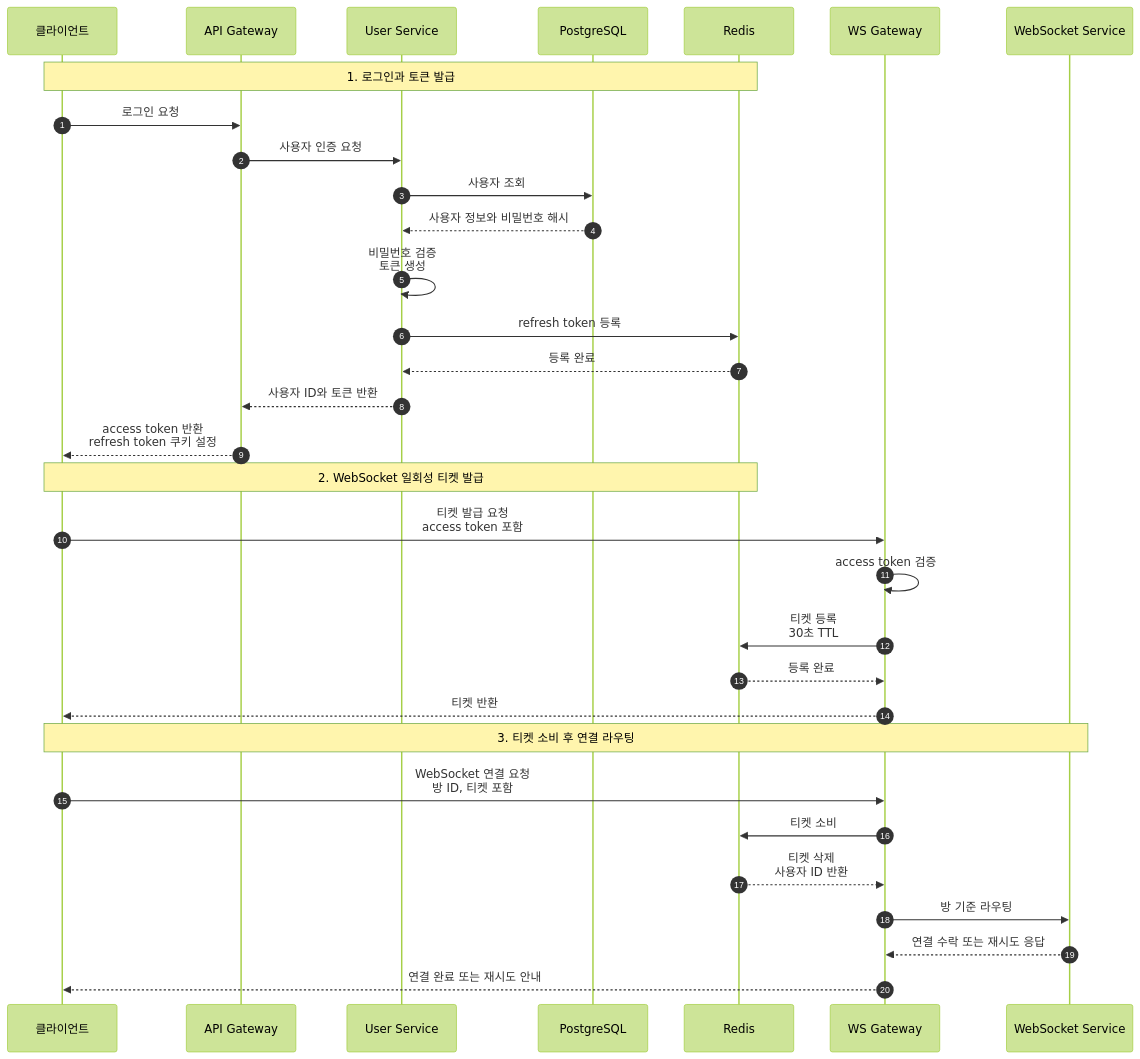
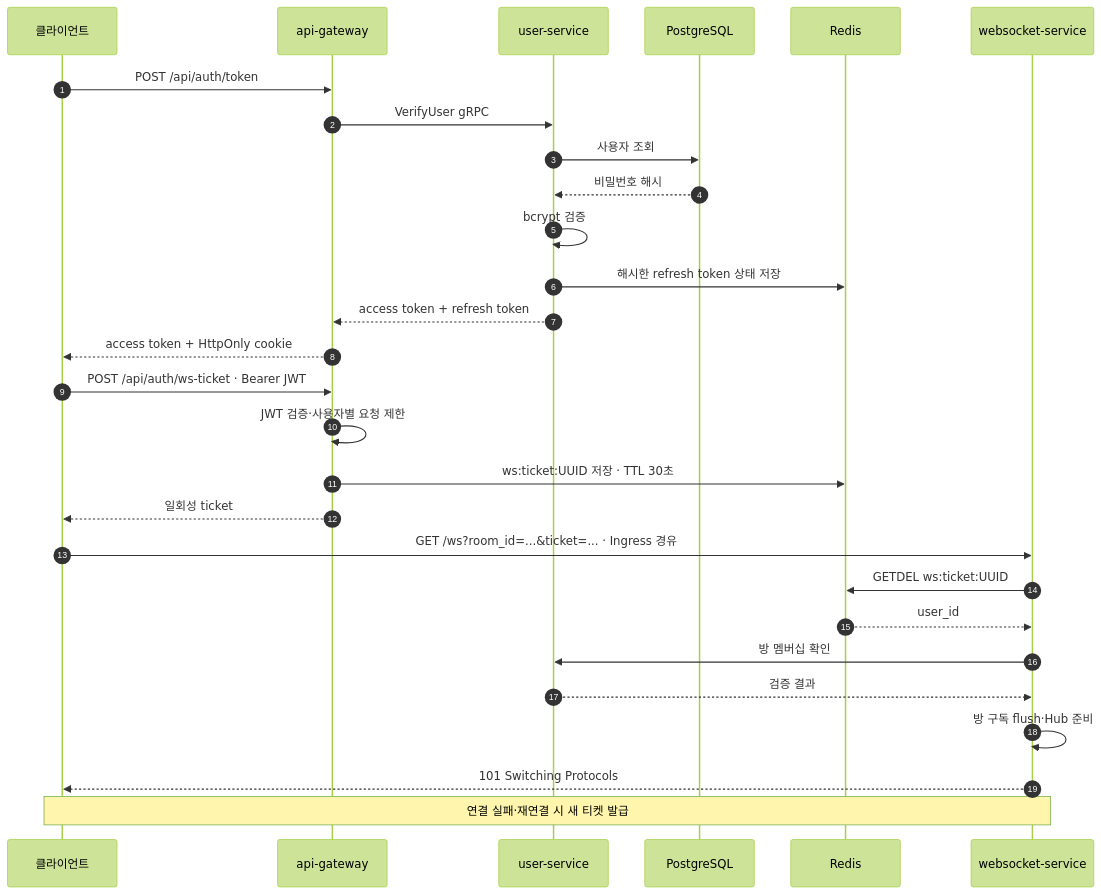
Before and after one commit to happyhun/go-chat-msa: the diagram in docs/diagrams/seq-auth-ticket.mmd, drawn with Mermaid (forest theme). The commit also changed 152 other files, not shown here.

```diff
--- a/docs/diagrams/seq-auth-ticket.mmd
+++ b/docs/diagrams/seq-auth-ticket.mmd
@@ -1,36 +1,30 @@
 sequenceDiagram
     autonumber
+    participant C as 클라이언트
+    participant API as api-gateway
+    participant U as user-service
+    participant PG as PostgreSQL
+    participant R as Redis
+    participant WS as websocket-service
 
-    participant Client as 클라이언트
-    participant AGW as API Gateway
-    participant UserSvc as User Service
-    participant DB as PostgreSQL
-    participant Redis as Redis
-    participant WSGW as WS Gateway
-    participant WSS as WebSocket Service
+    C->>API: POST /api/auth/token
+    API->>U: VerifyUser gRPC
+    U->>PG: 사용자 조회
+    PG-->>U: 비밀번호 해시
+    U->>U: bcrypt 검증
+    U->>R: 해시한 refresh token 상태 저장
+    U-->>API: access token + refresh token
+    API-->>C: access token + HttpOnly cookie
 
-    Note over Client, Redis: 1. 로그인과 토큰 발급
-    Client->>AGW: 로그인 요청
-    AGW->>UserSvc: 사용자 인증 요청
-    UserSvc->>DB: 사용자 조회
-    DB-->>UserSvc: 사용자 정보와 비밀번호 해시
-    UserSvc->>UserSvc: 비밀번호 검증<br/>토큰 생성
-    UserSvc->>Redis: refresh token 등록
-    Redis-->>UserSvc: 등록 완료
-    UserSvc-->>AGW: 사용자 ID와 토큰 반환
-    AGW-->>Client: access token 반환<br/>refresh token 쿠키 설정
-
-    Note over Client, Redis: 2. WebSocket 일회성 티켓 발급
-    Client->>WSGW: 티켓 발급 요청<br/>access token 포함
-    WSGW->>WSGW: access token 검증
-    WSGW->>Redis: 티켓 등록<br/>30초 TTL
-    Redis-->>WSGW: 등록 완료
-    WSGW-->>Client: 티켓 반환
-
-    Note over Client, WSS: 3. 티켓 소비 후 연결 라우팅
-    Client->>WSGW: WebSocket 연결 요청<br/>방 ID, 티켓 포함
-    WSGW->>Redis: 티켓 소비
-    Redis-->>WSGW: 티켓 삭제<br/>사용자 ID 반환
-    WSGW->>WSS: 방 기준 라우팅
-    WSS-->>WSGW: 연결 수락 또는 재시도 응답
-    WSGW-->>Client: 연결 완료 또는 재시도 안내
+    C->>API: POST /api/auth/ws-ticket · Bearer JWT
+    API->>API: JWT 검증·사용자별 요청 제한
+    API->>R: ws:ticket:UUID 저장 · TTL 30초
+    API-->>C: 일회성 ticket
+    C->>WS: GET /ws?room_id=...&ticket=... · Ingress 경유
+    WS->>R: GETDEL ws:ticket:UUID
+    R-->>WS: user_id
+    WS->>U: 방 멤버십 확인
+    U-->>WS: 검증 결과
+    WS->>WS: 방 구독 flush·Hub 준비
+    WS-->>C: 101 Switching Protocols
+    Note over C,WS: 연결 실패·재연결 시 새 티켓 발급
```
